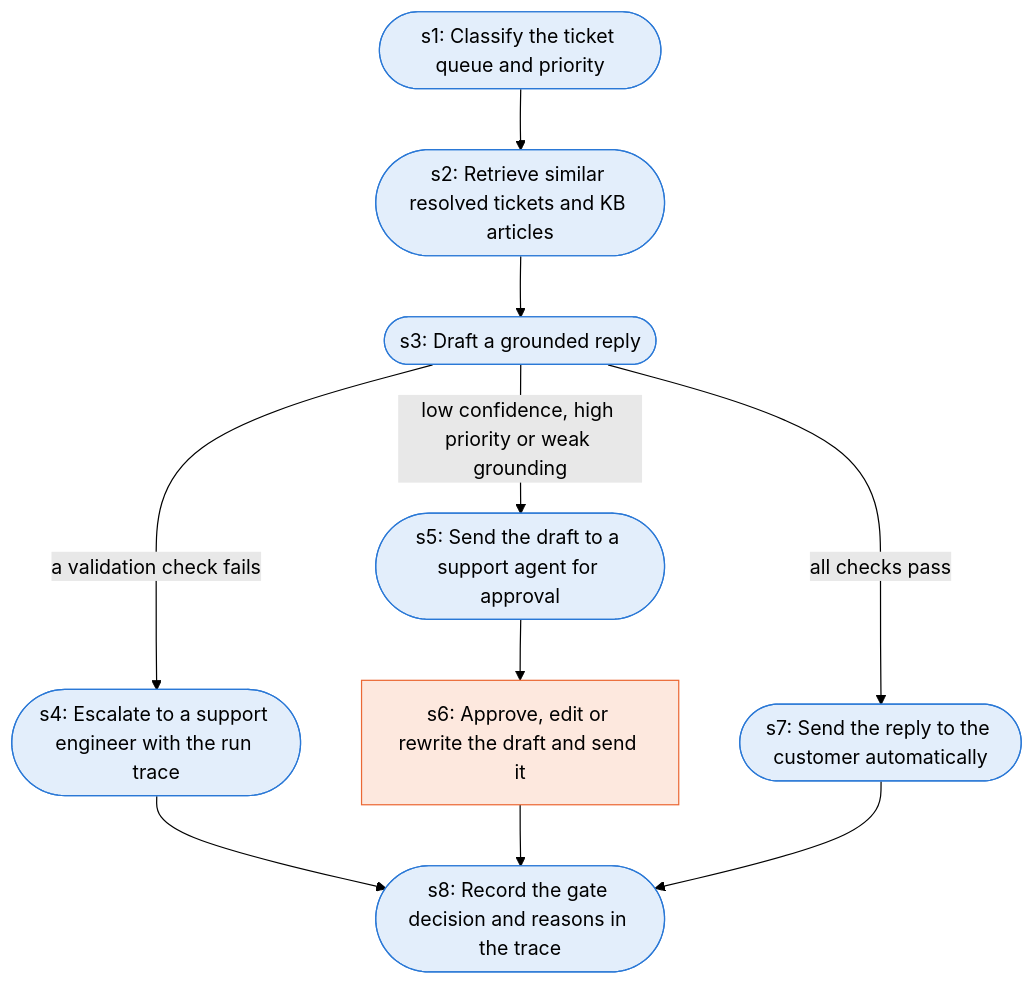
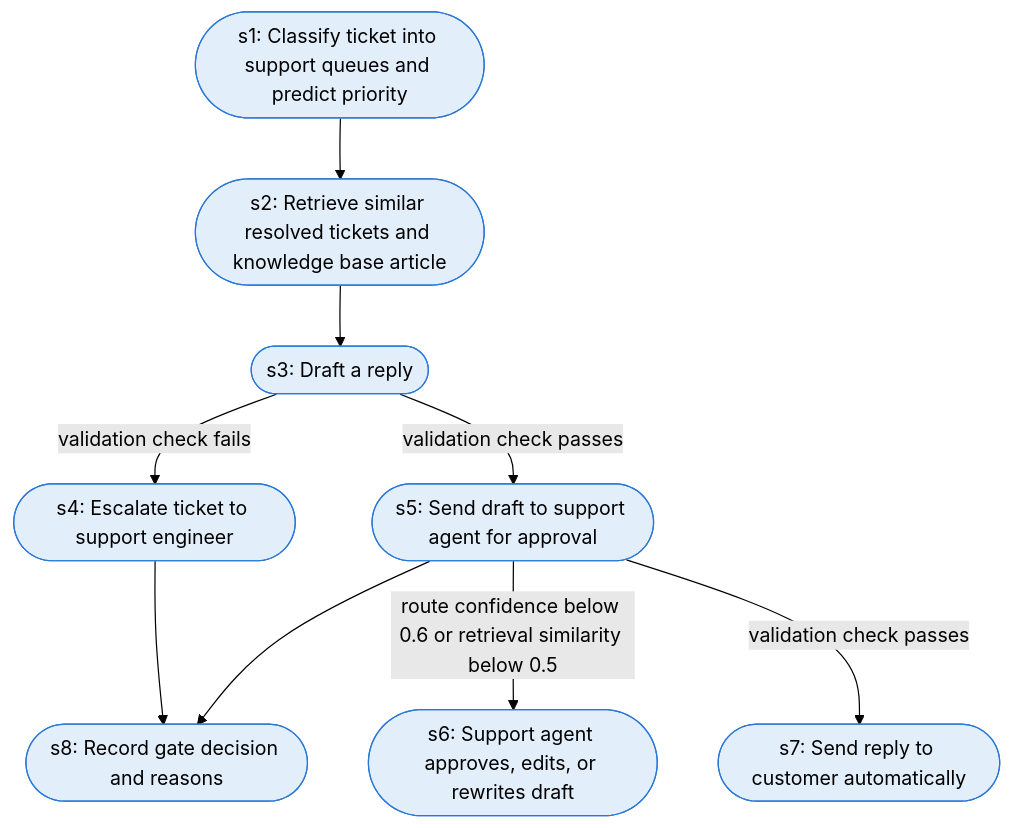
Before and after one commit to Jitesh-Mishra/sop-to-agent-workflows: the diagram in docs/runbooks/sup_ticket_triage_auto_reply.md, drawn with Mermaid (forest theme). The commit also changed other lines of this file and 172 other files, not shown here.

````diff
--- a/docs/runbooks/sup_ticket_triage_auto_reply.md
+++ b/docs/runbooks/sup_ticket_triage_auto_reply.md
@@ -7,24 +7,22 @@
 ```mermaid
 flowchart TD
-  s1(["s1: Classify the ticket queue and priority"])
-  s2(["s2: Retrieve similar resolved tickets and KB articles"])
-  s3(["s3: Draft a grounded reply"])
-  s4(["s4: Escalate to a support engineer with the run trace"])
-  s5(["s5: Send the draft to a support agent for approval"])
-  s6["s6: Approve, edit or rewrite the draft and send it"]
-  s7(["s7: Send the reply to the customer automatically"])
-  s8(["s8: Record the gate decision and reasons in the trace"])
+  s1(["s1: Classify ticket into support queues and predict priority"])
+  s2(["s2: Retrieve similar resolved tickets and knowledge base article"])
+  s3(["s3: Draft a reply"])
+  s4(["s4: Escalate ticket to support engineer"])
+  s5(["s5: Send draft to support agent for approval"])
+  s6(["s6: Support agent approves, edits, or rewrites draft"])
+  s7(["s7: Send reply to customer automatically"])
+  s8(["s8: Record gate decision and reasons"])
   s1 --> s2
   s2 --> s3
-  s3 -->|a validation check fails| s4
-  s3 -->|low confidence, high priority or weak grounding| s5
-  s3 -->|all checks pass| s7
-  s5 --> s6
+  s3 -->|validation check fails| s4
+  s3 -->|validation check passes| s5
+  s5 -->|route confidence below 0.6 or retrieval similarity below 0.5| s6
+  s5 -->|validation check passes| s7
   s4 --> s8
-  s6 --> s8
-  s7 --> s8
+  s5 --> s8
   classDef agent fill:#e3eefb,stroke:#2a78d6
   classDef human fill:#fde8de,stroke:#eb6834
-  class s1,s2,s3,s4,s5,s7,s8 agent
-  class s6 human
+  class s1,s2,s3,s4,s5,s6,s7,s8 agent
 ```
````
